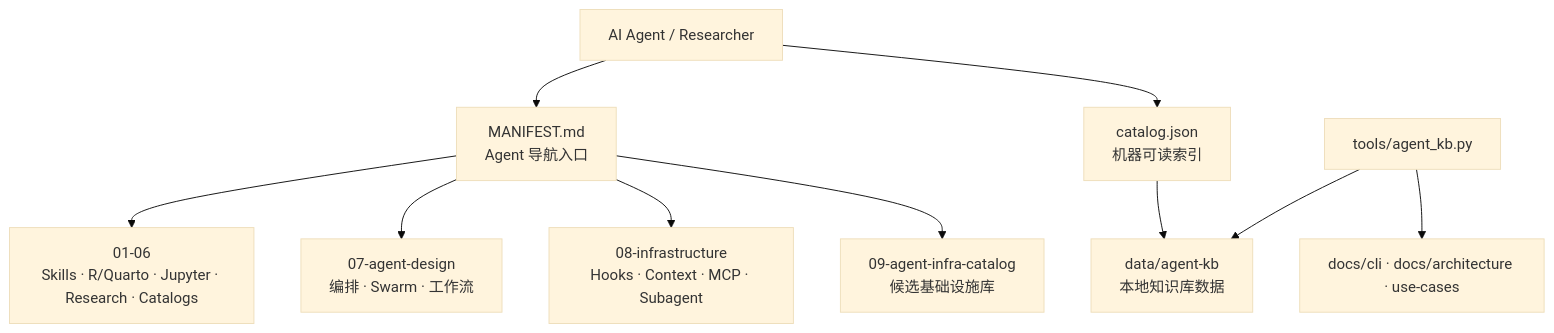
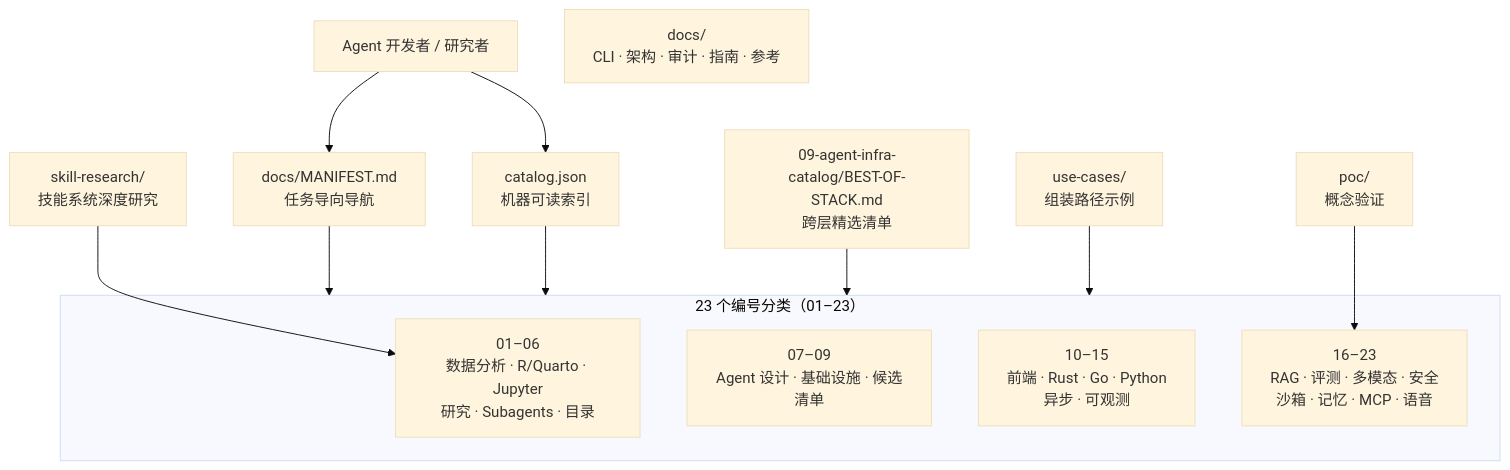
One commit to CHINGBOH/agent-infra-hub changed the diagram in README.md. Above: the diagram before and after it, drawn with Mermaid (base theme). The commit also changed other lines of this file and 1 other file, not shown here.

````diff
--- a/README.md
+++ b/README.md
@@ -92,12 +74,21 @@
 ```mermaid
-flowchart TB
-    Agent["AI Agent / Researcher"] --> Manifest["MANIFEST.md<br/>Agent 导航入口"]
-    Agent --> Catalog["catalog.json<br/>机器可读索引"]
-    Manifest --> Skills["01-06<br/>Skills · R/Quarto · Jupyter · Research · Catalogs"]
-    Manifest --> Design["07-agent-design<br/>编排 · Swarm · 工作流"]
-    Manifest --> Infra["08-infrastructure<br/>Hooks · Context · MCP · Subagent"]
-    Manifest --> Candidates["09-agent-infra-catalog<br/>候选基础设施库"]
-    Catalog --> Data["data/agent-kb<br/>本地知识库数据"]
-    Tools["tools/agent_kb.py"] --> Data
-    Tools --> Docs["docs/cli · docs/architecture · use-cases"]
+graph TD
+    User["Agent 开发者 / 研究者"] --> Manifest["docs/MANIFEST.md<br/>任务导向导航"]
+    User --> Catalog["catalog.json<br/>机器可读索引"]
+
+    subgraph Content["23 个编号分类（01–23）"]
+        Skills["01–06<br/>数据分析 · R/Quarto · Jupyter<br/>研究 · Subagents · 目录"]
+        Design["07–09<br/>Agent 设计 · 基础设施 · 候选清单"]
+        Stacks["10–15<br/>前端 · Rust · Go · Python<br/>异步 · 可观测"]
+        Runtime["16–23<br/>RAG · 评测 · 多模态 · 安全<br/>沙箱 · 记忆 · MCP · 语音"]
+    end
+
+    Manifest --> Content
+    Catalog --> Content
+
+    BestOf["09-agent-infra-catalog/BEST-OF-STACK.md<br/>跨层精选清单"] --> Content
+    UseCases["use-cases/<br/>组装路径示例"] --> Content
+    Research["skill-research/<br/>技能系统深度研究"] --> Skills
+    PoC["poc/<br/>概念验证"] --> Runtime
+    Docs["docs/<br/>CLI · 架构 · 审计 · 指南 · 参考"]
 ```
````
